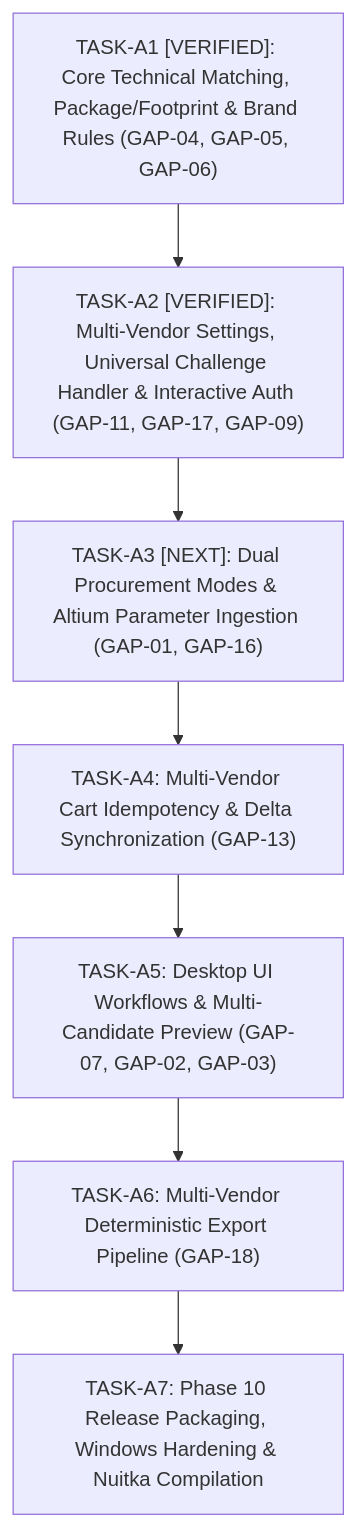
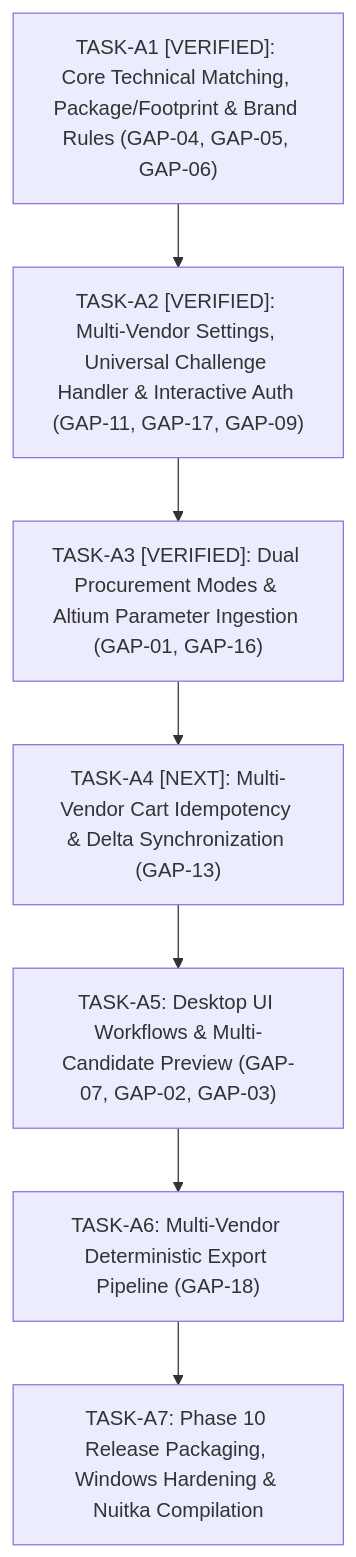
One commit to AminDenizer/Omnix changed the diagram in docs/PRODUCT/CANONICAL_GAP_REGISTRY.md. Above: the diagram before and after it, drawn with Mermaid. The commit also changed other lines of this file and 1 other file, not shown here.

Commit message:
docs(plan): verify A3 gap status and update roadmap

````diff
--- a/docs/PRODUCT/CANONICAL_GAP_REGISTRY.md
+++ b/docs/PRODUCT/CANONICAL_GAP_REGISTRY.md
@@ -111,17 +118,17 @@
 ```mermaid
 flowchart TD
     A1["TASK-A1 [VERIFIED]: Core Technical Matching, Package/Footprint & Brand Rules (GAP-04, GAP-05, GAP-06)"]
     A2["TASK-A2 [VERIFIED]: Multi-Vendor Settings, Universal Challenge Handler & Interactive Auth (GAP-11, GAP-17, GAP-09)"]
-    A3["TASK-A3 [NEXT]: Dual Procurement Modes & Altium Parameter Ingestion (GAP-01, GAP-16)"]
-    A4["TASK-A4: Multi-Vendor Cart Idempotency & Delta Synchronization (GAP-13)"]
+    A3["TASK-A3 [VERIFIED]: Dual Procurement Modes & Altium Parameter Ingestion (GAP-01, GAP-16)"]
+    A4["TASK-A4 [NEXT]: Multi-Vendor Cart Idempotency & Delta Synchronization (GAP-13)"]
     A5["TASK-A5: Desktop UI Workflows & Multi-Candidate Preview (GAP-07, GAP-02, GAP-03)"]
     A6["TASK-A6: Multi-Vendor Deterministic Export Pipeline (GAP-18)"]
     A7["TASK-A7: Phase 10 Release Packaging, Windows Hardening & Nuitka Compilation"]
 
     A1 --> A2
     A2 --> A3
     A3 --> A4
     A4 --> A5
     A5 --> A6
     A6 --> A7
 ```
````
